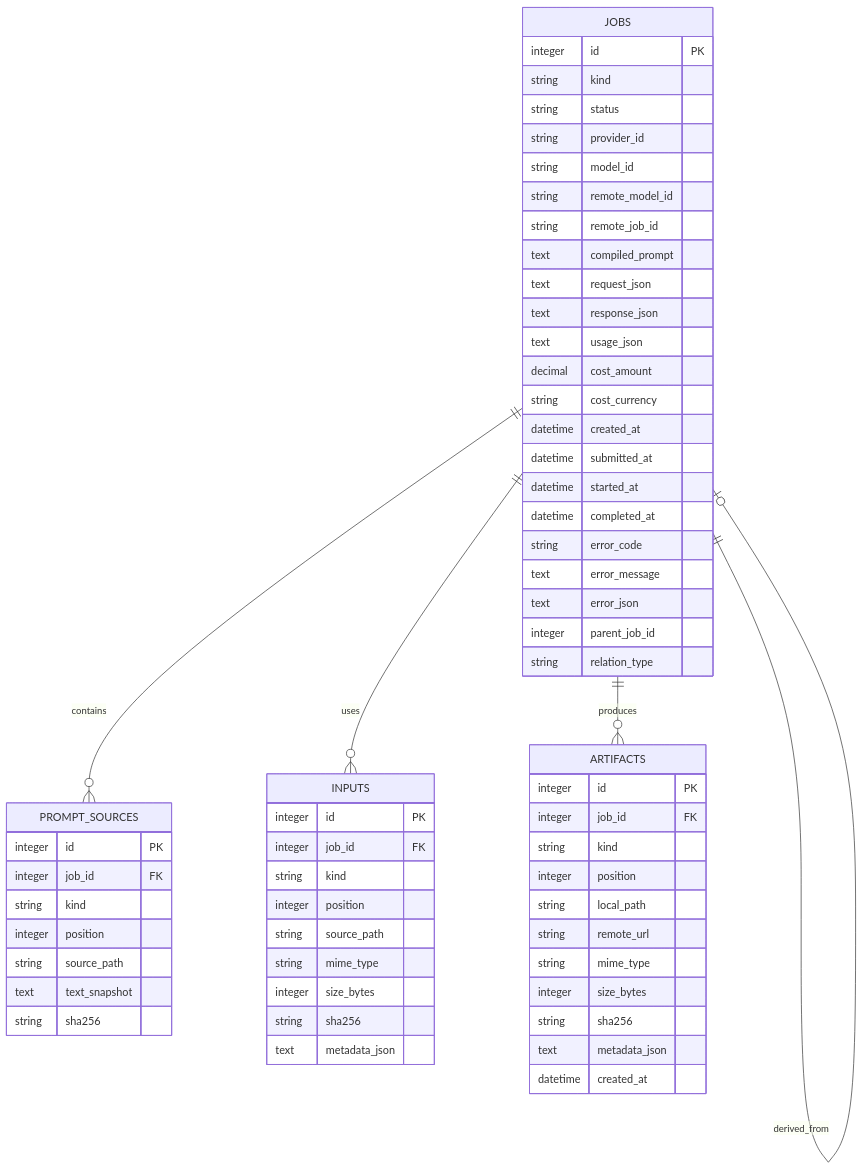
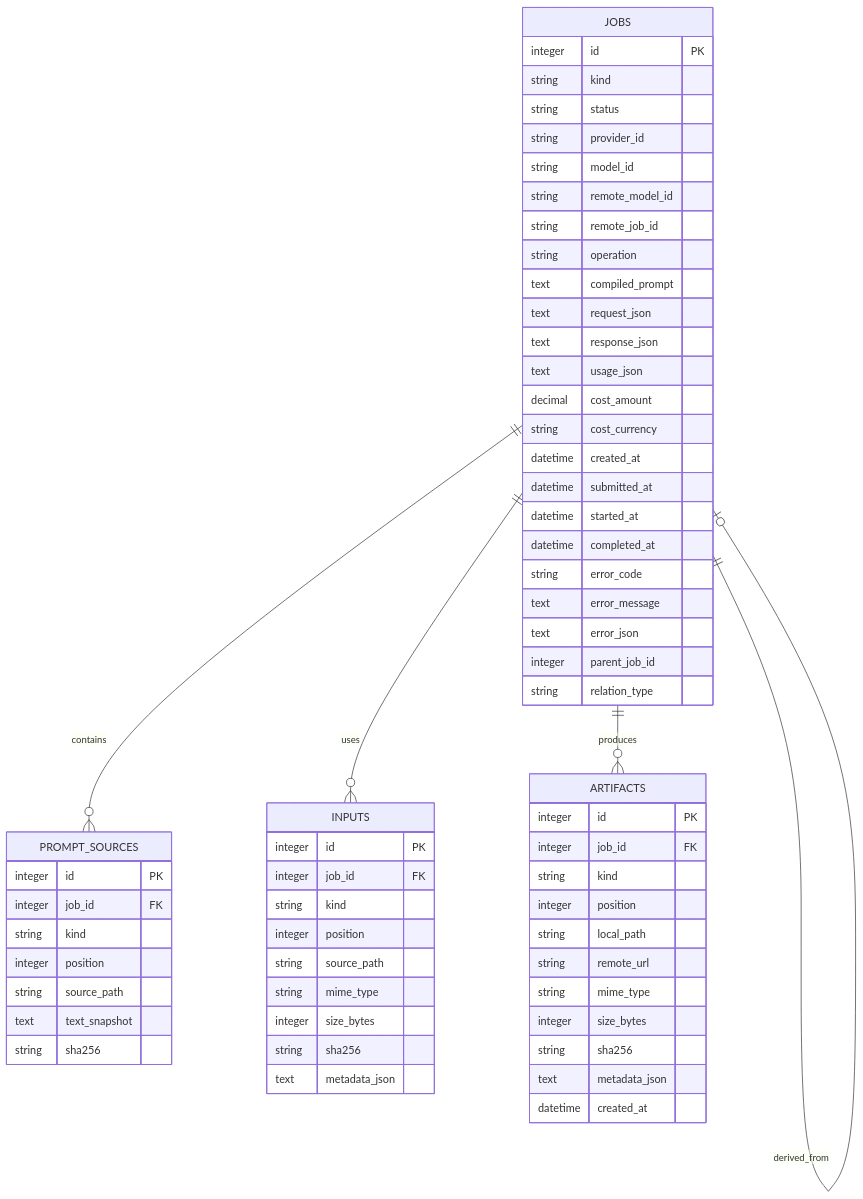
Before and after one commit to VladimirMonin/aimedia: the second of 8 diagrams in docs/plans/07-storage-history-costs.md, drawn with Mermaid. The commit also changed other lines of this file and 7 other files, not shown here.

````diff
--- a/docs/plans/07-storage-history-costs.md
+++ b/docs/plans/07-storage-history-costs.md
@@ -177,68 +177,69 @@
 ```mermaid
 erDiagram
     JOBS ||--o{ PROMPT_SOURCES : contains
     JOBS ||--o{ INPUTS : uses
     JOBS ||--o{ ARTIFACTS : produces
     JOBS ||--o| JOBS : derived_from
 
     JOBS {
         integer id PK
         string kind
         string status
         string provider_id
         string model_id
         string remote_model_id
         string remote_job_id
+        string operation
         text compiled_prompt
         text request_json
         text response_json
         text usage_json
         decimal cost_amount
         string cost_currency
         datetime created_at
         datetime submitted_at
         datetime started_at
         datetime completed_at
         string error_code
         text error_message
         text error_json
         integer parent_job_id
         string relation_type
     }
 
     PROMPT_SOURCES {
         integer id PK
         integer job_id FK
         string kind
         integer position
         string source_path
         text text_snapshot
         string sha256
     }
 
     INPUTS {
         integer id PK
         integer job_id FK
         string kind
         integer position
         string source_path
         string mime_type
         integer size_bytes
         string sha256
         text metadata_json
     }
 
     ARTIFACTS {
         integer id PK
         integer job_id FK
         string kind
         integer position
         string local_path
         string remote_url
         string mime_type
         integer size_bytes
         string sha256
         text metadata_json
         datetime created_at
     }
 ```
````
